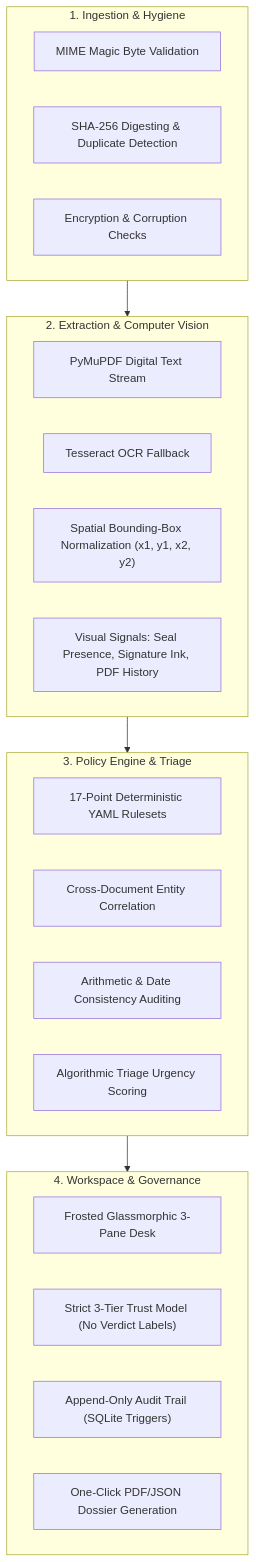
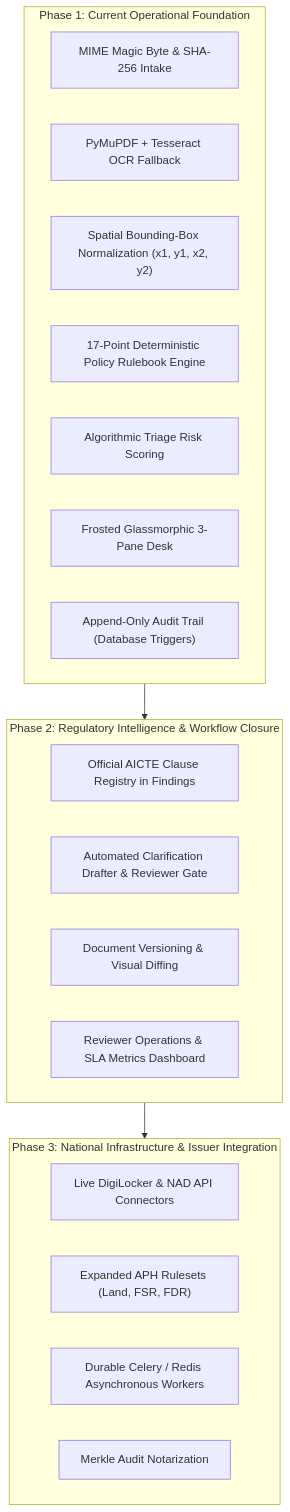
The diagram in docs/AUTOMATION_ROADMAP.md (suryakrishna17/Veriscope), drawn with Mermaid before and after one commit. The commit also changed other lines of this file, not shown here.

Commit message:
docs(plan): integrate audit recommendations into Phase 2 roadmap and SIH judging script

````diff
--- a/docs/AUTOMATION_ROADMAP.md
+++ b/docs/AUTOMATION_ROADMAP.md
@@ -20,31 +17,28 @@
 ```mermaid
 flowchart TD
-    subgraph Intake["1. Ingestion & Hygiene"]
-        A["MIME Magic Byte Validation"]
-        B["SHA-256 Digesting & Duplicate Detection"]
-        C["Encryption & Corruption Checks"]
+    subgraph Implemented["Phase 1: Current Operational Foundation"]
+        I1["MIME Magic Byte & SHA-256 Intake"]
+        I2["PyMuPDF + Tesseract OCR Fallback"]
+        I3["Spatial Bounding-Box Normalization (x1, y1, x2, y2)"]
+        I4["17-Point Deterministic Policy Rulebook Engine"]
+        I5["Algorithmic Triage Risk Scoring"]
+        I6["Frosted Glassmorphic 3-Pane Desk"]
+        I7["Append-Only Audit Trail (Database Triggers)"]
     end
 
-    subgraph Extraction["2. Extraction & Computer Vision"]
-        D["PyMuPDF Digital Text Stream"]
-        E["Tesseract OCR Fallback"]
-        F["Spatial Bounding-Box Normalization (x1, y1, x2, y2)"]
-        G["Visual Signals: Seal Presence, Signature Ink, PDF History"]
+    subgraph Phase2["Phase 2: Regulatory Intelligence & Workflow Closure"]
+        P1["Official AICTE Clause Registry in Findings"]
+        P2["Automated Clarification Drafter & Reviewer Gate"]
+        P3["Document Versioning & Visual Diffing"]
+        P4["Reviewer Operations & SLA Metrics Dashboard"]
     end
 
-    subgraph Evaluation["3. Policy Engine & Triage"]
-        H["17-Point Deterministic YAML Rulesets"]
-        I["Cross-Document Entity Correlation"]
-        J["Arithmetic & Date Consistency Auditing"]
-        K["Algorithmic Triage Urgency Scoring"]
+    subgraph Phase3["Phase 3: National Infrastructure & Issuer Integration"]
+        P5["Live DigiLocker & NAD API Connectors"]
+        P6["Expanded APH Rulesets (Land, FSR, FDR)"]
+        P7["Durable Celery / Redis Asynchronous Workers"]
+        P8["Merkle Audit Notarization"]
     end
 
-    subgraph Interface["4. Workspace & Governance"]
-        L["Frosted Glassmorphic 3-Pane Desk"]
-        M["Strict 3-Tier Trust Model (No Verdict Labels)"]
-        N["Append-Only Audit Trail (SQLite Triggers)"]
-        O["One-Click PDF/JSON Dossier Generation"]
-    end
-
-    Intake --> Extraction --> Evaluation --> Interface
+    Implemented --> Phase2 --> Phase3
 ```
````
